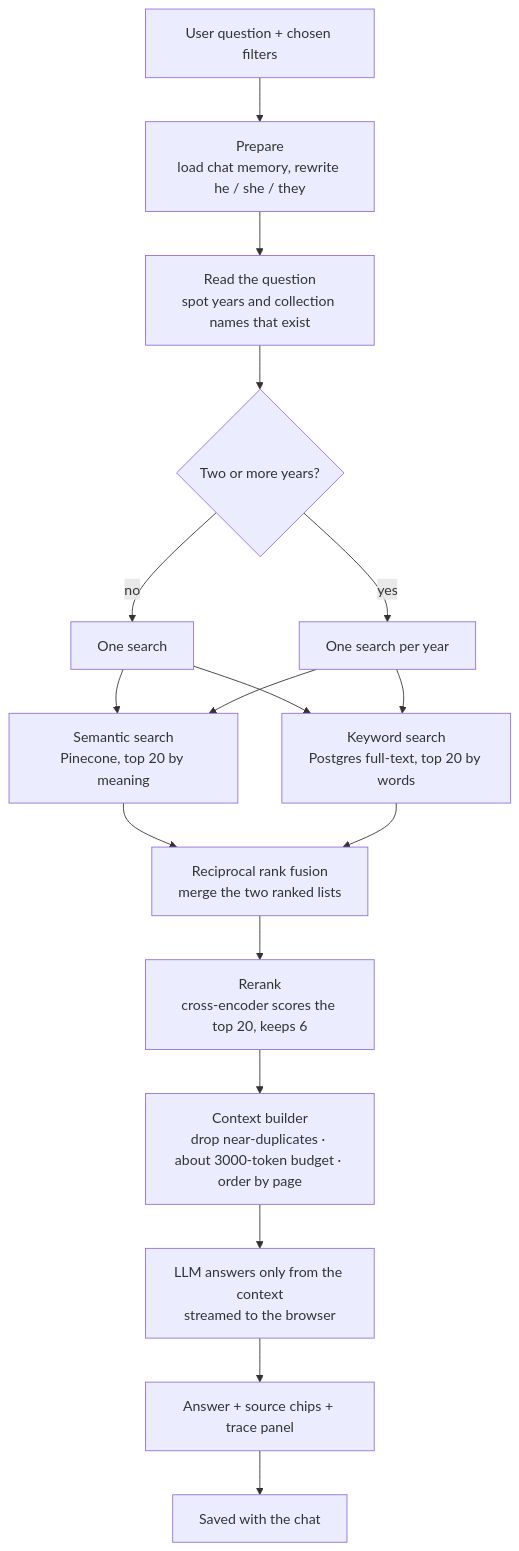
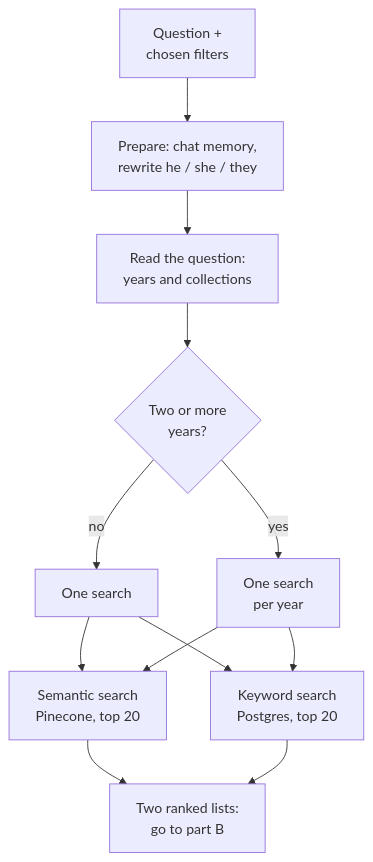
The fifth of 8 diagrams in docs/FLOW.md (Anushka404/RagStack), drawn with Mermaid before and after one commit. The commit also changed other lines of this file and 1 other file, not shown here.

````diff
--- a/docs/FLOW.md
+++ b/docs/FLOW.md
@@ -117,19 +222,14 @@
 ```mermaid
 flowchart TD
-  Q["User question + chosen filters"] --> P["Prepare<br/>load chat memory, rewrite he / she / they"]
-  P --> U["Read the question<br/>spot years and collection names that exist"]
-  U --> Y{"Two or more years?"}
+  Q["Question +<br/>chosen filters"] --> P["Prepare: chat memory,<br/>rewrite he / she / they"]
+  P --> U["Read the question:<br/>years and collections"]
+  U --> Y{"Two or more<br/>years?"}
   Y -->|no| S["One search"]
-  Y -->|yes| S2["One search per year"]
-  S --> SEM
-  S --> KW
+  Y -->|yes| S2["One search<br/>per year"]
+  S --> SEM["Semantic search<br/>Pinecone, top 20"]
+  S --> KW["Keyword search<br/>Postgres, top 20"]
   S2 --> SEM
   S2 --> KW
-  SEM["Semantic search<br/>Pinecone, top 20 by meaning"] --> RRF
-  KW["Keyword search<br/>Postgres full-text, top 20 by words"] --> RRF
-  RRF["Reciprocal rank fusion<br/>merge the two ranked lists"] --> RR["Rerank<br/>cross-encoder scores the top 20, keeps 6"]
-  RR --> CB["Context builder<br/>drop near-duplicates · about 3000-token budget · order by page"]
-  CB --> LLM["LLM answers only from the context<br/>streamed to the browser"]
-  LLM --> OUT["Answer + source chips + trace panel"]
-  OUT --> SAVE["Saved with the chat"]
+  SEM --> NEXT["Two ranked lists:<br/>go to part B"]
+  KW --> NEXT
 ```
````
